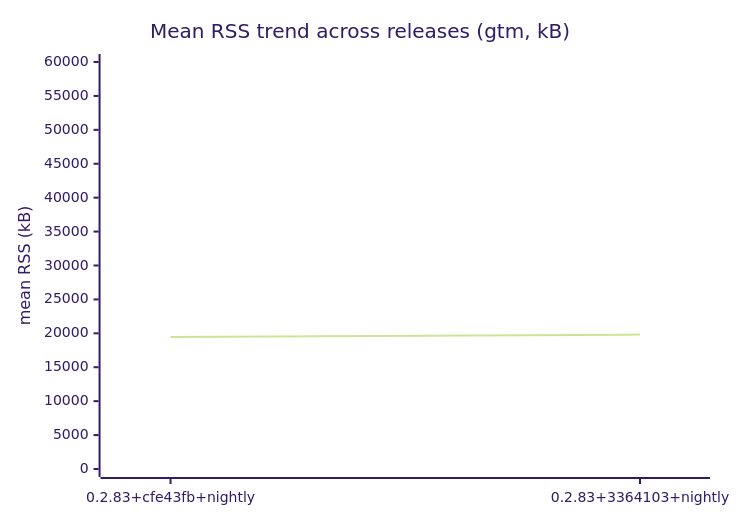
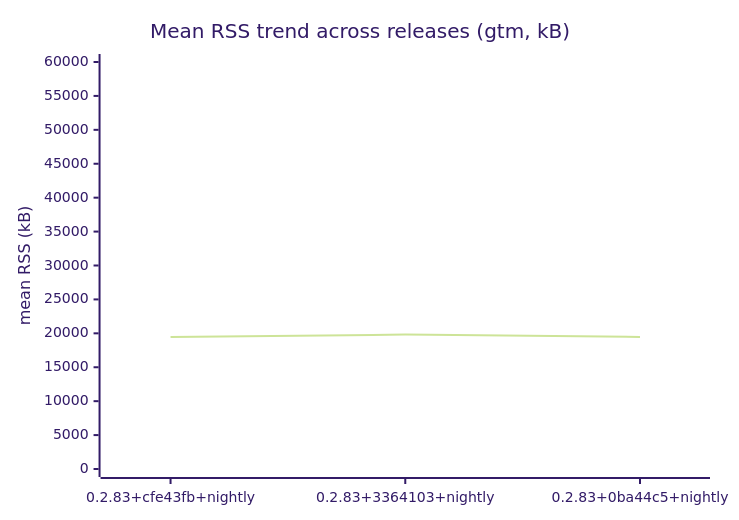
Before and after one commit to prjctimg/gtm.rs: the second of 2 diagrams in BENCHMARK.md, drawn with Mermaid (forest theme). The commit also changed other lines of this file and 1 other file, not shown here.

Commit message:
bench: results for 0.2.83+0ba44c5+nightly [skip nightly]

````diff
--- a/BENCHMARK.md
+++ b/BENCHMARK.md
@@ -37,7 +37,7 @@
 ```mermaid
 xychart-beta
   title "Mean RSS trend across releases (gtm, kB)"
-  x-axis [0.2.83+cfe43fb+nightly, 0.2.83+3364103+nightly]
+  x-axis [0.2.83+cfe43fb+nightly, 0.2.83+3364103+nightly, 0.2.83+0ba44c5+nightly]
   y-axis "mean RSS (kB)" 0 --> 60000
-  line [19449,19817]
+  line [19449,19817,19469]
 ```
````
